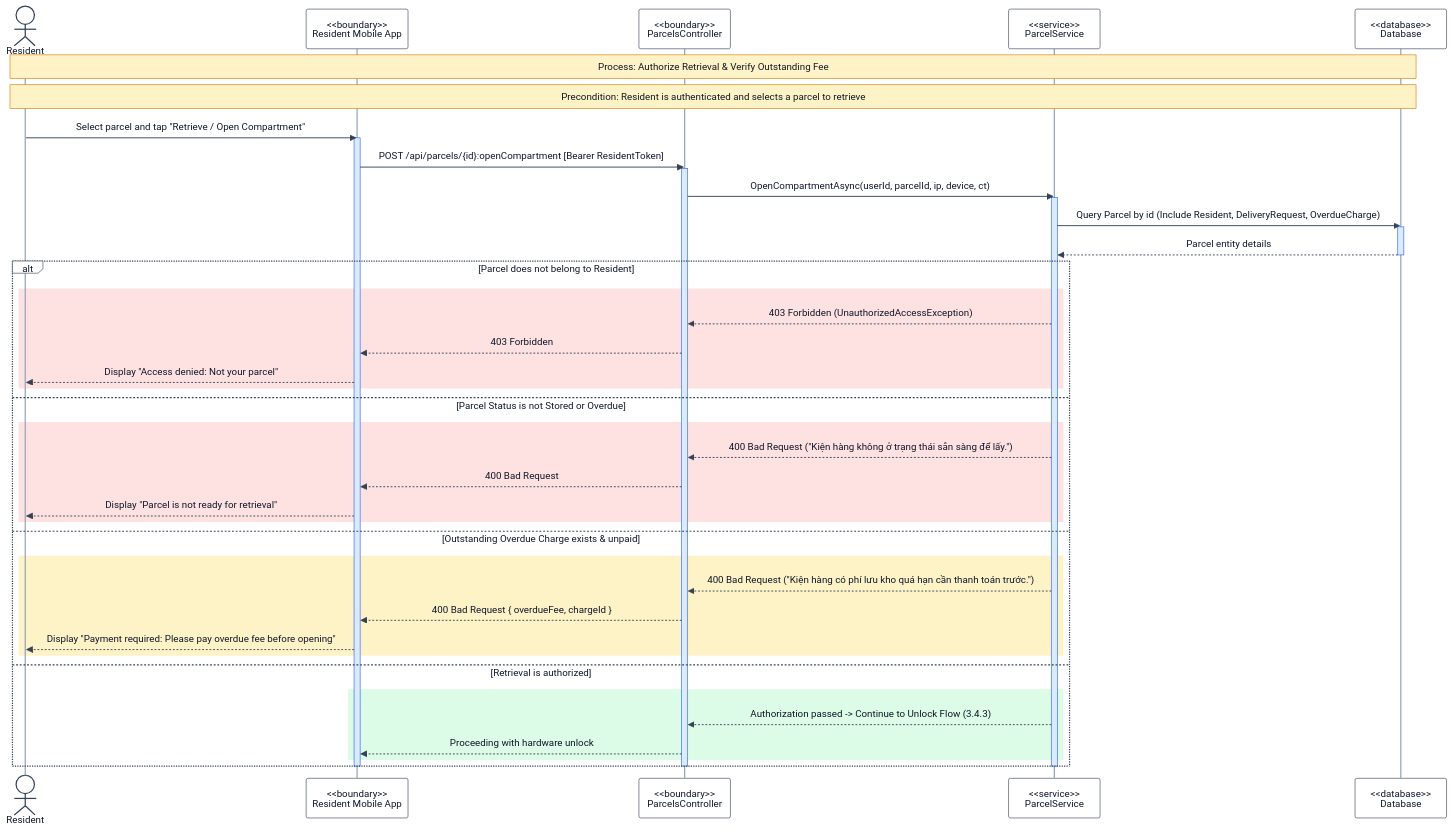
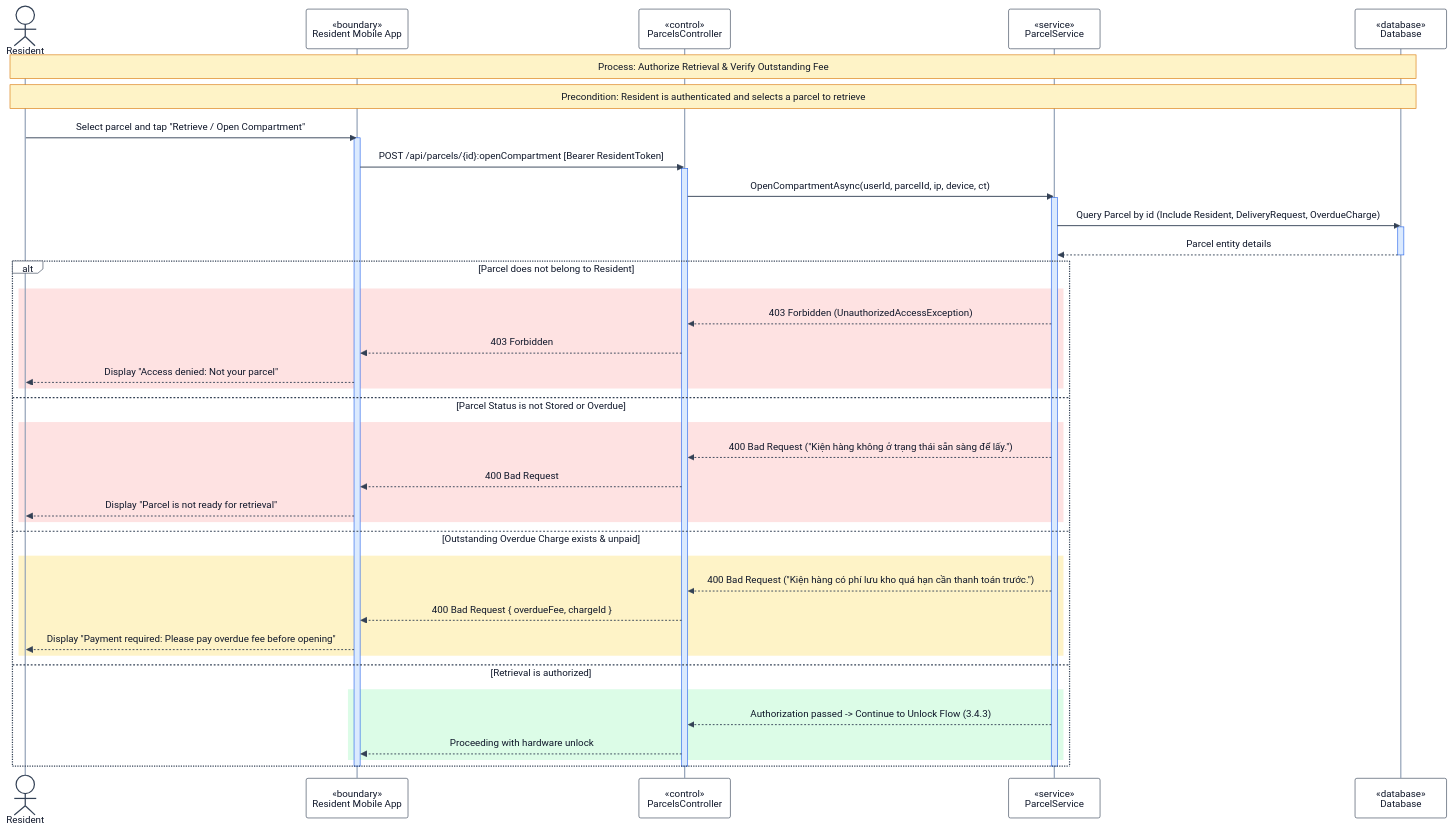
The diagram in RP4/3.4 Multi-method Package Retrieval/3.4.2 Authorize Retrieval & Verify Outstanding Fee Sequence Diagram.md (se-05-sdlms/smart-locking-diagram), drawn with Mermaid before and after one commit. The commit also changed 36 other files, not shown here.

Commit message:
Update diagram

````diff
--- a/RP4/3.4 Multi-method Package Retrieval/3.4.2 Authorize Retrieval & Verify Outstanding Fee Sequence Diagram.md
+++ b/RP4/3.4 Multi-method Package Retrieval/3.4.2 Authorize Retrieval & Verify Outstanding Fee Sequence Diagram.md
@@ -3,72 +3,72 @@
 ```mermaid
 %%{init: {
   "theme": "base",
   "themeVariables": {
     "actorBkg": "#FFFFFF",
     "actorBorder": "#334155",
     "actorTextColor": "#0F172A",
     "actorLineColor": "#94A3B8",
     "signalColor": "#334155",
     "signalTextColor": "#0F172A",
     "activationBkgColor": "#DBEAFE",
     "activationBorderColor": "#2563EB",
     "noteBkgColor": "#FEF3C7",
     "noteBorderColor": "#D97706",
     "noteTextColor": "#111827"
   }
 }}%%
 
 sequenceDiagram
 
 actor RES as Resident
-participant APP as <<boundary>><br/>Resident Mobile App
-participant CTRL as <<boundary>><br/>ParcelsController
-participant SVC as <<service>><br/>ParcelService
-participant DB as <<database>><br/>Database
+participant APP as «boundary»<br/>Resident Mobile App
+participant CTRL as «control»<br/>ParcelsController
+participant SVC as «service»<br/>ParcelService
+participant DB as «database»<br/>Database
 
 Note over RES,DB: Process: Authorize Retrieval & Verify Outstanding Fee
 Note over RES,DB: Precondition: Resident is authenticated and selects a parcel to retrieve
 
 RES->>APP: Select parcel and tap "Retrieve / Open Compartment"
 activate APP
 
 APP->>CTRL: POST /api/parcels/{id}:openCompartment [Bearer ResidentToken]
 activate CTRL
 
 CTRL->>SVC: OpenCompartmentAsync(userId, parcelId, ip, device, ct)
 activate SVC
 
 SVC->>DB: Query Parcel by id (Include Resident, DeliveryRequest, OverdueCharge)
 activate DB
 DB-->>SVC: Parcel entity details
 deactivate DB
 
 alt Parcel does not belong to Resident
   rect rgb(254,226,226)
     SVC-->>CTRL: 403 Forbidden (UnauthorizedAccessException)
     CTRL-->>APP: 403 Forbidden
     APP-->>RES: Display "Access denied: Not your parcel"
   end
 else Parcel Status is not Stored or Overdue
   rect rgb(254,226,226)
     SVC-->>CTRL: 400 Bad Request ("Kiện hàng không ở trạng thái sẵn sàng để lấy.")
     CTRL-->>APP: 400 Bad Request
     APP-->>RES: Display "Parcel is not ready for retrieval"
   end
 else Outstanding Overdue Charge exists & unpaid
   rect rgb(254,243,199)
     SVC-->>CTRL: 400 Bad Request ("Kiện hàng có phí lưu kho quá hạn cần thanh toán trước.")
     CTRL-->>APP: 400 Bad Request { overdueFee, chargeId }
     APP-->>RES: Display "Payment required: Please pay overdue fee before opening"
   end
 else Retrieval is authorized
   rect rgb(220,252,231)
     SVC-->>CTRL: Authorization passed -> Continue to Unlock Flow (3.4.3)
     CTRL-->>APP: Proceeding with hardware unlock
   end
 end
 
 deactivate SVC
 deactivate CTRL
 deactivate APP
 ```
````
